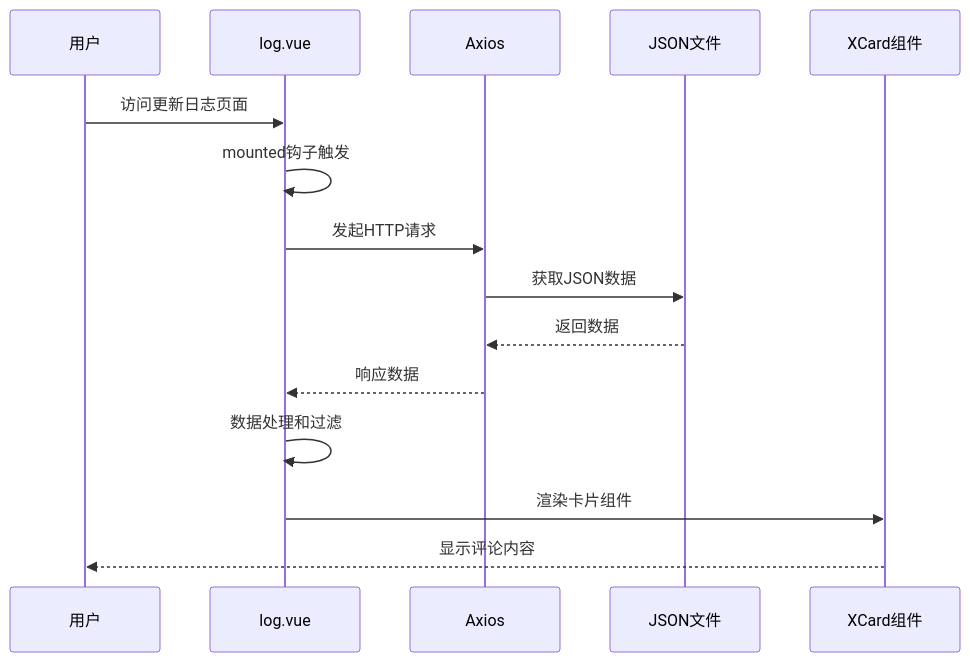
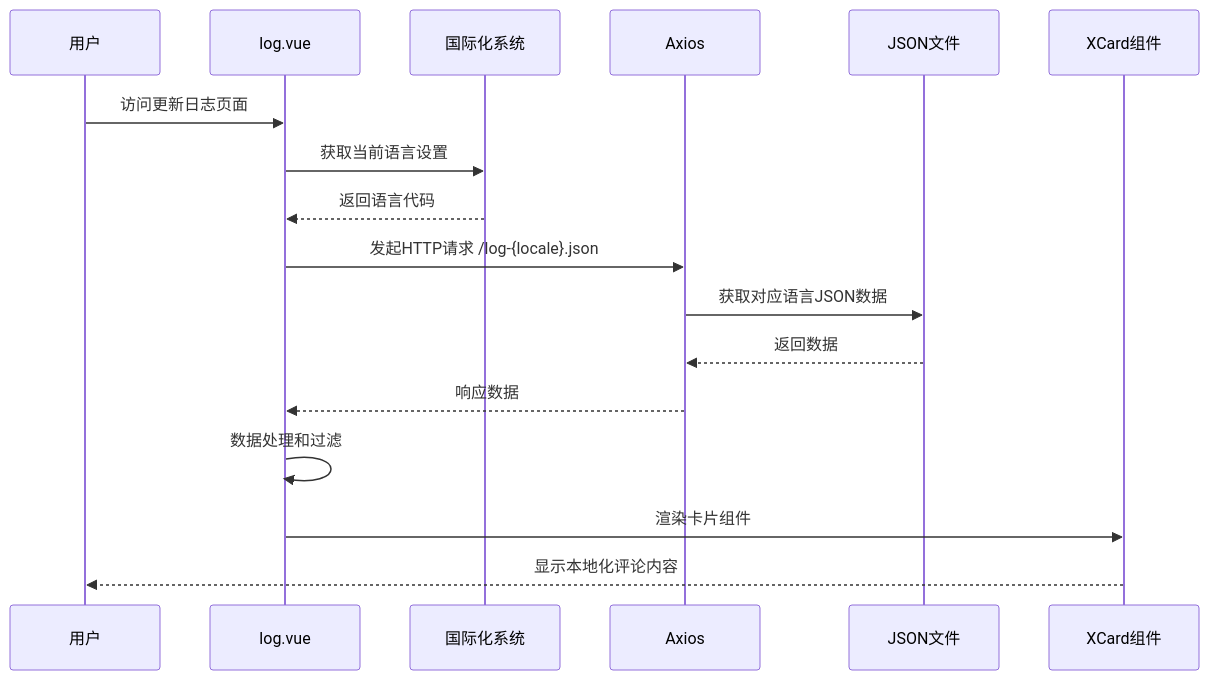
One commit to TinyMaD/SpeedRunnersLab changed the fourth of 8 diagrams in .qoder/repowiki/zh/content/前端应用/组件架构/业务组件/前端评论组件.md. Above: the diagram before and after it, drawn with Mermaid. The commit also changed other lines of this file and 34 other files, not shown here.

````diff
--- a/.qoder/repowiki/zh/content/前端应用/组件架构/业务组件/前端评论组件.md
+++ b/.qoder/repowiki/zh/content/前端应用/组件架构/业务组件/前端评论组件.md
@@ -163,17 +230,19 @@
 ```mermaid
 sequenceDiagram
 participant U as 用户
 participant V as log.vue
+participant I as 国际化系统
 participant A as Axios
 participant J as JSON文件
 participant C as XCard组件
 U->>V : 访问更新日志页面
-V->>V : mounted钩子触发
-V->>A : 发起HTTP请求
-A->>J : 获取JSON数据
+V->>I : 获取当前语言设置
+I-->>V : 返回语言代码
+V->>A : 发起HTTP请求 /log-{locale}.json
+A->>J : 获取对应语言JSON数据
 J-->>A : 返回数据
 A-->>V : 响应数据
 V->>V : 数据处理和过滤
 V->>C : 渲染卡片组件
-C-->>U : 显示评论内容
+C-->>U : 显示本地化评论内容
 ```
````
